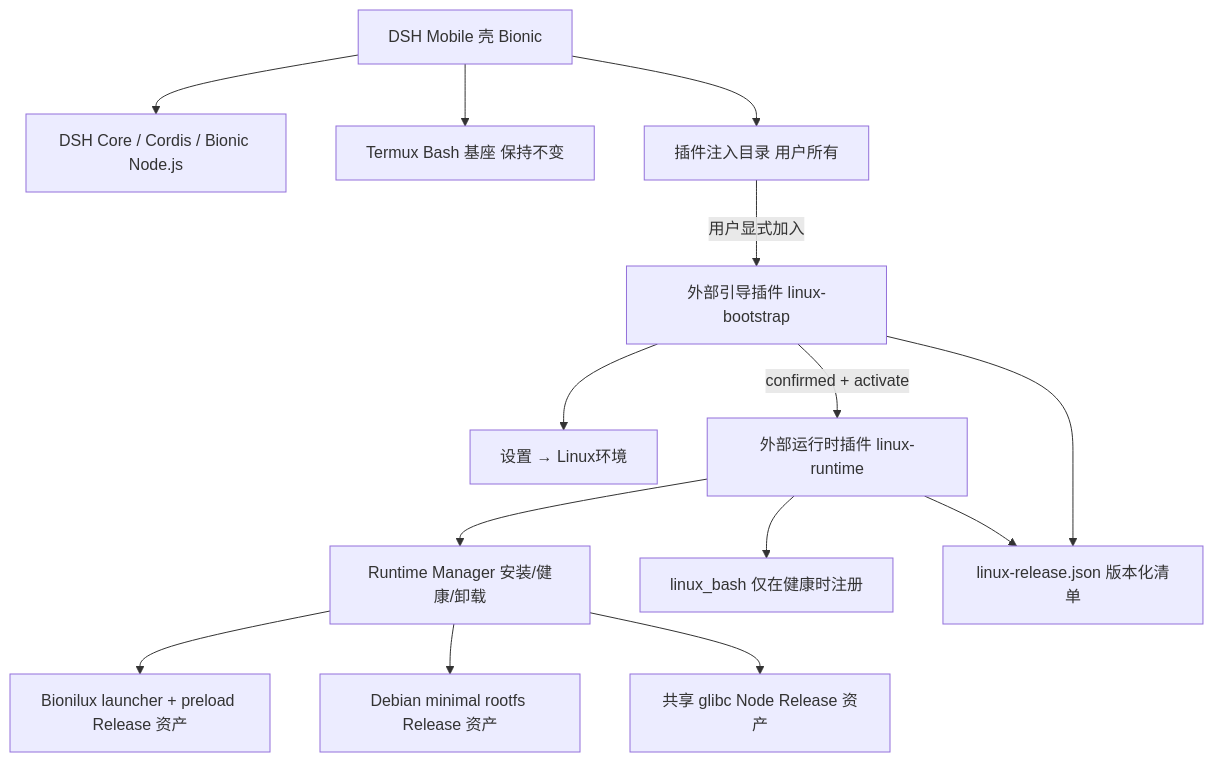
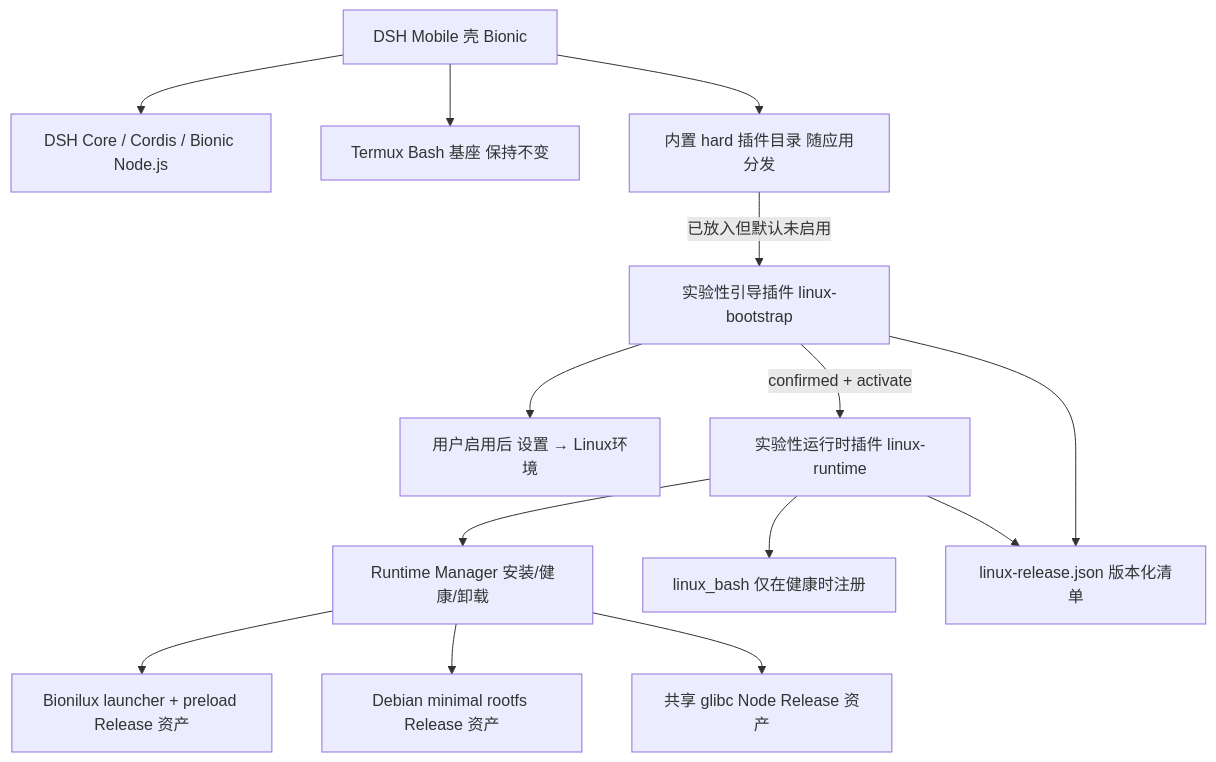
The first of 4 diagrams in docs/PLUGINS.md (kelai141/dsh-bionilux), drawn with Mermaid before and after one commit. The commit also changed other lines of this file and 14 other files, not shown here.

````diff
--- a/docs/PLUGINS.md
+++ b/docs/PLUGINS.md
@@ -9,19 +9,19 @@
 ```mermaid
 flowchart TD
     A[DSH Mobile 壳 Bionic] --> B[DSH Core / Cordis / Bionic Node.js]
     A --> C[Termux Bash 基座 保持不变]
-    A --> D[插件注入目录 用户所有]
+    A --> D[内置 hard 插件目录 随应用分发]
 
-    D -->|用户显式加入| E[外部引导插件 linux-bootstrap]
-    E --> F[设置 → Linux环境]
-    E -->|confirmed + activate| G[外部运行时插件 linux-runtime]
+    D -->|已放入但默认未启用| E[实验性引导插件 linux-bootstrap]
+    E --> F[用户启用后 设置 → Linux环境]
+    E -->|confirmed + activate| G[实验性运行时插件 linux-runtime]
 
     G --> H[Runtime Manager 安装/健康/卸载]
     G --> I[linux_bash 仅在健康时注册]
     H --> J[Bionilux launcher + preload Release 资产]
     H --> K[Debian minimal rootfs Release 资产]
     H --> L[共享 glibc Node Release 资产]
 
     E --> M[linux-release.json 版本化清单]
     G --> M
 ```
````
